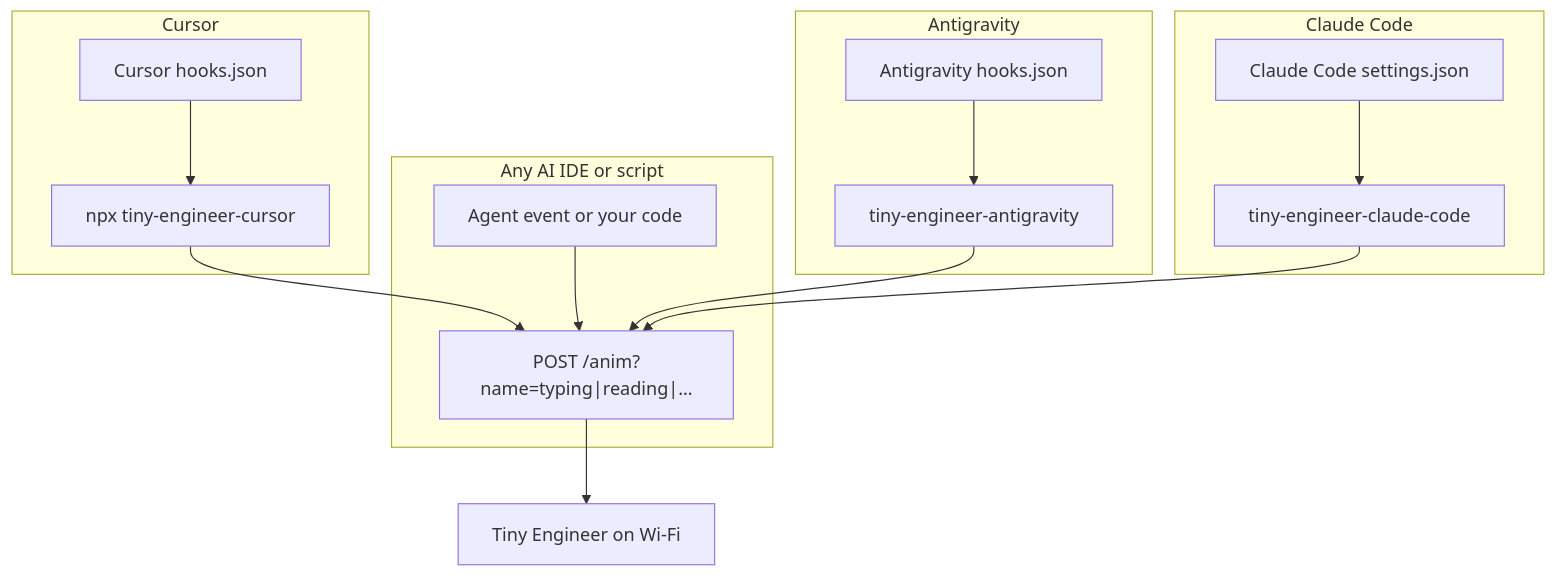
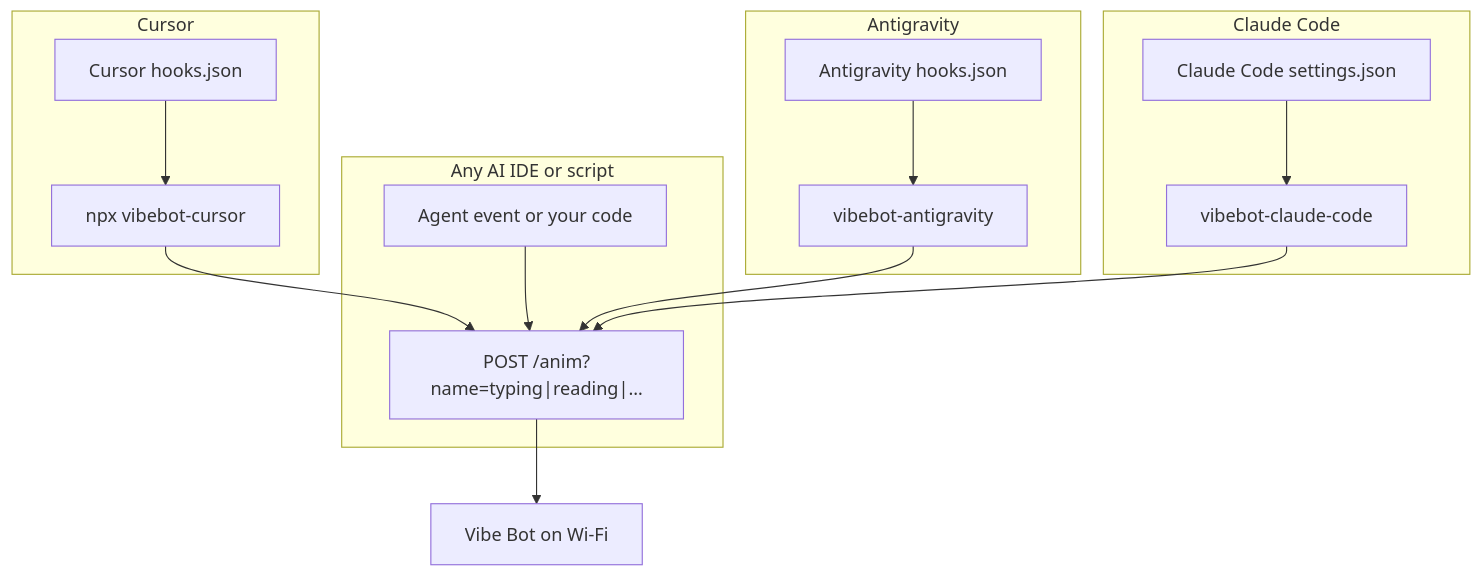
The first of 2 diagrams in docs/integration.md (autosolutionsai-didac/tiny-engineer), drawn with Mermaid before and after one commit. The commit also changed other lines of this file and 104 other files, not shown here.

First line of the commit message:
feat(docs)!: rebrand fork as Vibe Bot

````diff
--- a/docs/integration.md
+++ b/docs/integration.md
@@ -17,23 +17,23 @@
 ```mermaid
 flowchart TB
   subgraph anyIde [Any AI IDE or script]
     HookOrScript[Agent event or your code]
     HookOrScript --> Post["POST /anim?name=typing|reading|…"]
   end
   subgraph cursorPath [Cursor]
     CursorHook[Cursor hooks.json]
-    CursorHook --> Npx["npx tiny-engineer-cursor"]
+    CursorHook --> Npx["npx vibebot-cursor"]
     Npx --> Post
   end
   subgraph antigravityPath [Antigravity]
     AgHook[Antigravity hooks.json]
-    AgHook --> AgCli["tiny-engineer-antigravity"]
+    AgHook --> AgCli["vibebot-antigravity"]
     AgCli --> Post
   end
   subgraph claudeCodePath [Claude Code]
     CcHook[Claude Code settings.json]
-    CcHook --> CcCli["tiny-engineer-claude-code"]
+    CcHook --> CcCli["vibebot-claude-code"]
     CcCli --> Post
   end
-  Post --> Robot[Tiny Engineer on Wi-Fi]
+  Post --> Robot[Vibe Bot on Wi-Fi]
 ```
````
